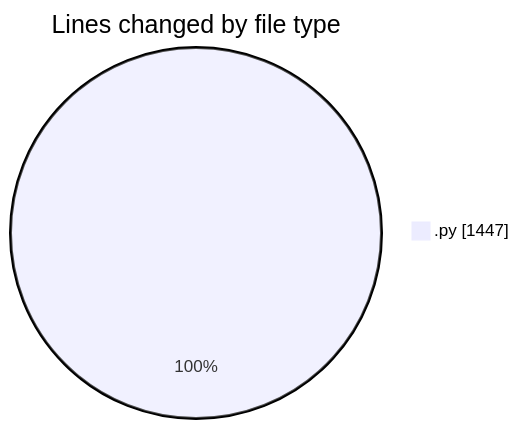
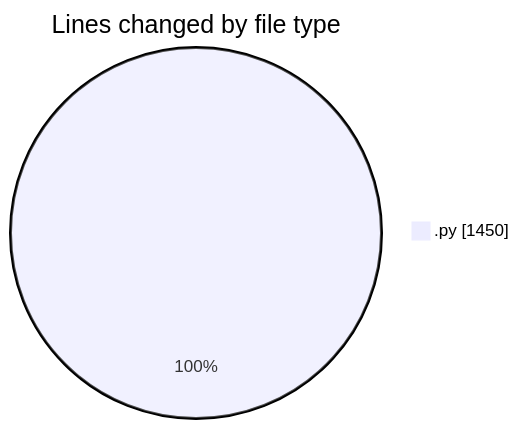
Before and after one commit to julien-gomy/code-tracking: the first of 2 diagrams in 2025-10-08/eventscop-api-guide__workspace_/README.md, drawn with Mermaid. The commit also changed other lines of this file and 1 other file, not shown here.

````diff
--- a/2025-10-08/eventscop-api-guide__workspace_/README.md
+++ b/2025-10-08/eventscop-api-guide__workspace_/README.md
@@ -21,5 +21,5 @@
 ```mermaid
 pie showData
 title Lines changed by file type
-".py" : 1447
+".py" : 1450
 ```
````
